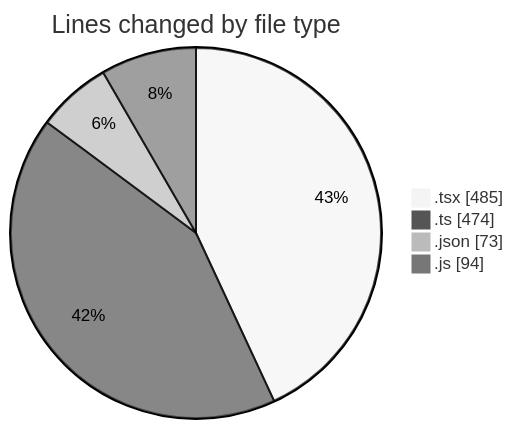
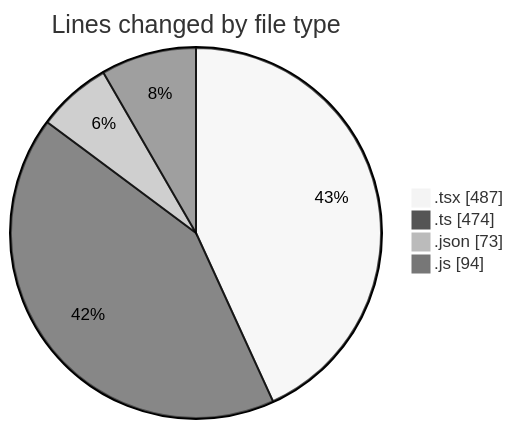
One commit to robertbonfada/code-tracking changed the first of 2 diagrams in 2025-01-20/mbc-web/README.md. Above: the diagram before and after it, drawn with Mermaid (neutral theme). The commit also changed other lines of this file and 1 other file, not shown here.

````diff
--- a/2025-01-20/mbc-web/README.md
+++ b/2025-01-20/mbc-web/README.md
@@ -32,8 +32,8 @@
 ```mermaid
 pie showData
 title Lines changed by file type
-".tsx" : 485
+".tsx" : 487
 ".ts" : 474
 ".json" : 73
 ".js" : 94
 ```
````
